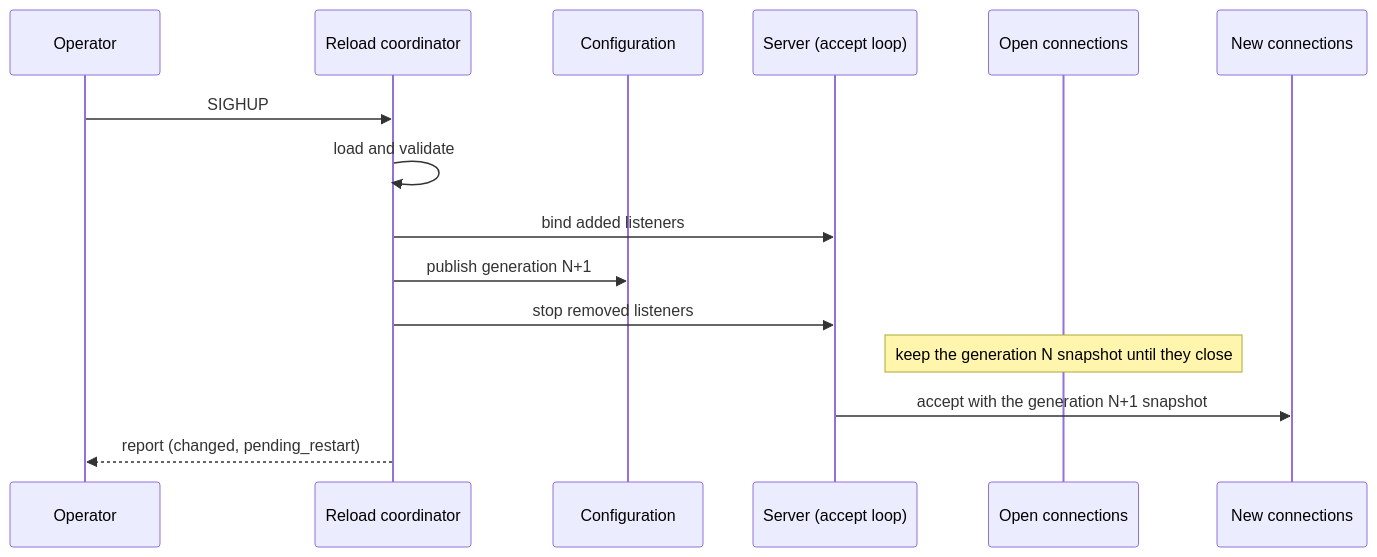
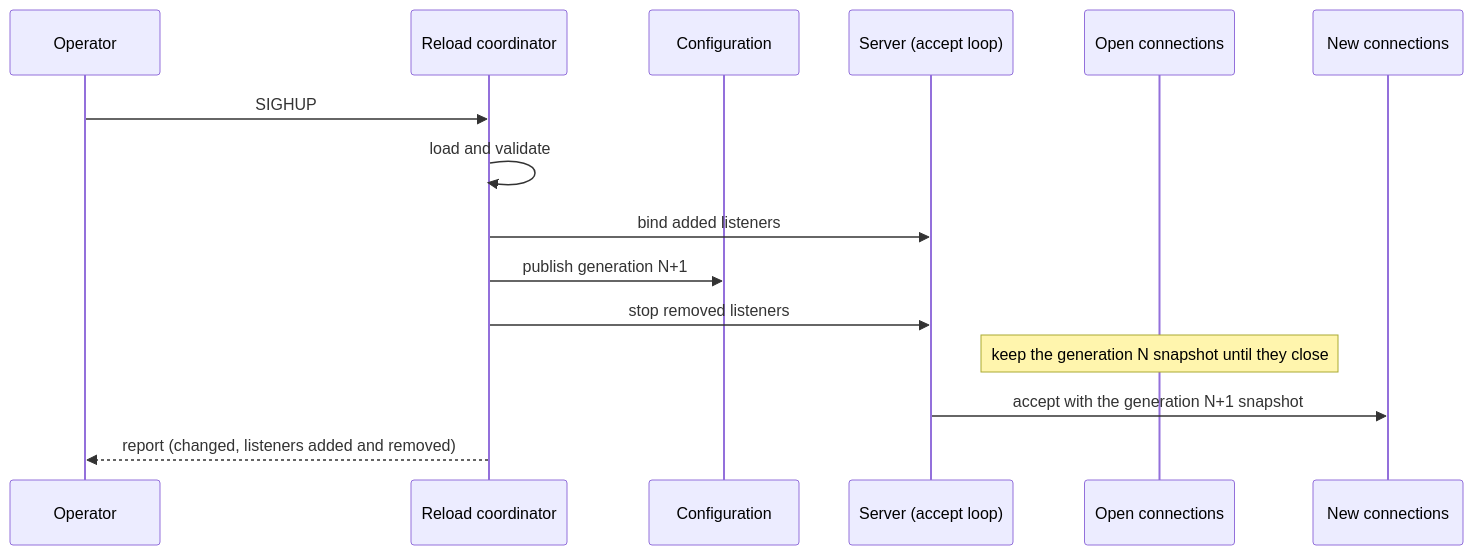
The fifth of 7 diagrams in docs/explanation/architecture.md (photom/rust-milter), drawn with Mermaid before and after one commit. The commit also changed other lines of this file and 24 other files, not shown here.

````diff
--- a/docs/explanation/architecture.md
+++ b/docs/explanation/architecture.md
@@ -282,18 +282,18 @@
 ```mermaid
 sequenceDiagram
     participant Op as Operator
     participant Reload as Reload coordinator
     participant Config as Configuration
     participant Server as Server (accept loop)
     participant Old as Open connections
     participant New as New connections
 
     Op->>Reload: SIGHUP
     Reload->>Reload: load and validate
     Reload->>Server: bind added listeners
     Reload->>Config: publish generation N+1
     Reload->>Server: stop removed listeners
     Note over Old: keep the generation N snapshot until they close
     Server->>New: accept with the generation N+1 snapshot
-    Reload-->>Op: report (changed, pending_restart)
+    Reload-->>Op: report (changed, listeners added and removed)
 ```
````
